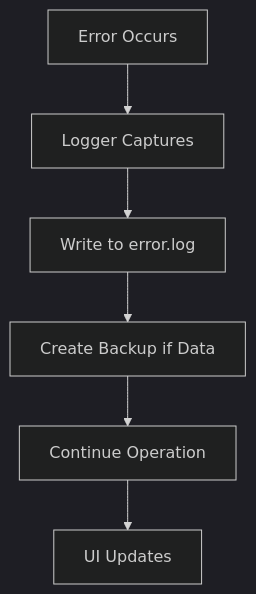
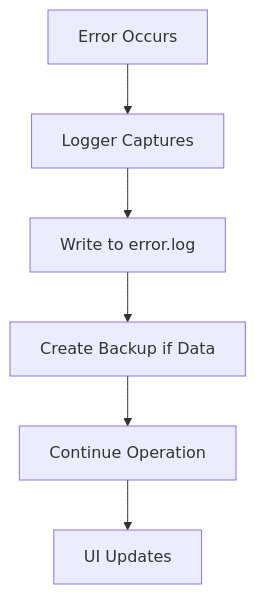
The second of 3 diagrams in readme.md (pleabargain/emoji-story-builder), drawn with Mermaid before and after one commit. The commit also changed other lines of this file and 18 other files, not shown here.

````diff
--- a/readme.md
+++ b/readme.md
@@ -50,9 +55,8 @@
 ```mermaid
-%%{init: {'theme': 'dark'}}%%
 graph TD
     A[Error Occurs] --> B[Logger Captures]
     B --> C[Write to error.log]
     C --> D[Create Backup if Data]
     D --> E[Continue Operation]
     E --> F[UI Updates]
 ```
````
